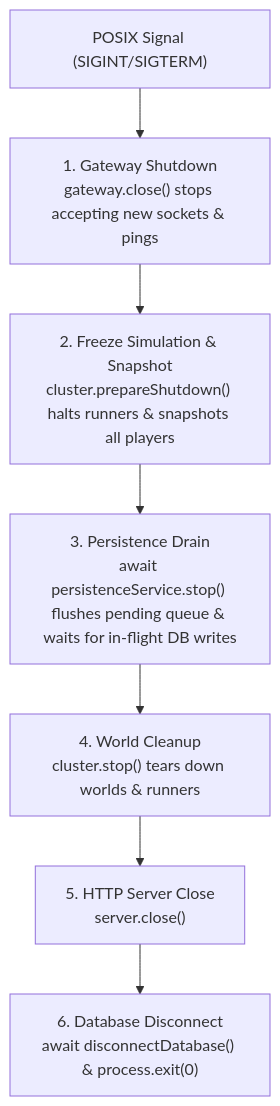
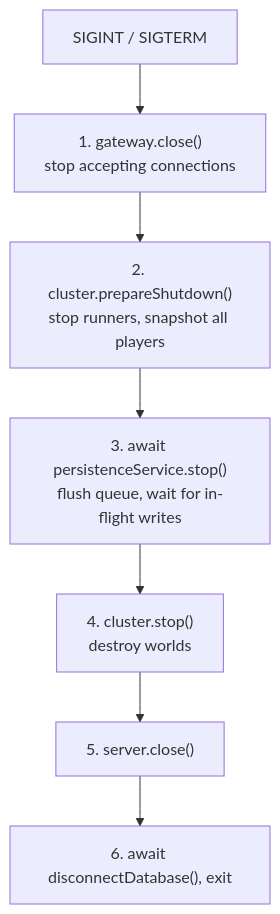
One commit to bigabig/mmoexile changed the fourth of 4 diagrams in docs/ARCHITECTURE.md. Above: the diagram before and after it, drawn with Mermaid. The commit also changed other lines of this file and 3 other files, not shown here.

First line of the commit message:
S0.8: Rewrite architecture doc and README for the new layout

````diff
--- a/docs/ARCHITECTURE.md
+++ b/docs/ARCHITECTURE.md
@@ -192,9 +183,9 @@
 ```mermaid
 flowchart TD
-    S["POSIX Signal (SIGINT/SIGTERM)"] --> G["1. Gateway Shutdown<br/>gateway.close() stops accepting new sockets & pings"]
-    G --> P["2. Freeze Simulation & Snapshot<br/>cluster.prepareShutdown() halts runners & snapshots all players"]
-    P --> F["3. Persistence Drain<br/>await persistenceService.stop() flushes pending queue & waits for in-flight DB writes"]
-    F --> C["4. World Cleanup<br/>cluster.stop() tears down worlds & runners"]
-    C --> H["5. HTTP Server Close<br/>server.close()"]
-    H --> D["6. Database Disconnect<br/>await disconnectDatabase() & process.exit(0)"]
+    S["SIGINT / SIGTERM"] --> G["1. gateway.close()<br/>stop accepting connections"]
+    G --> P["2. cluster.prepareShutdown()<br/>stop runners, snapshot all players"]
+    P --> F["3. await persistenceService.stop()<br/>flush queue, wait for in-flight writes"]
+    F --> C["4. cluster.stop()<br/>destroy worlds"]
+    C --> H["5. server.close()"]
+    H --> D["6. await disconnectDatabase(), exit"]
 ```
````
